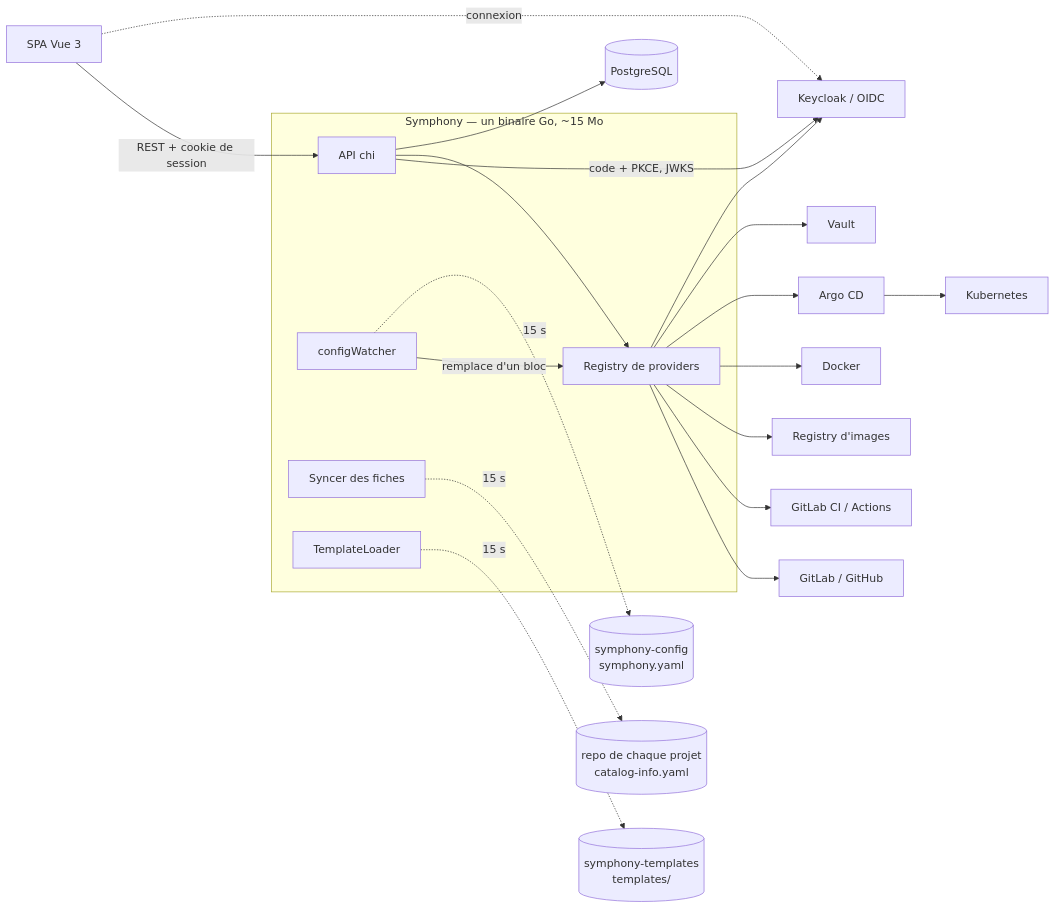
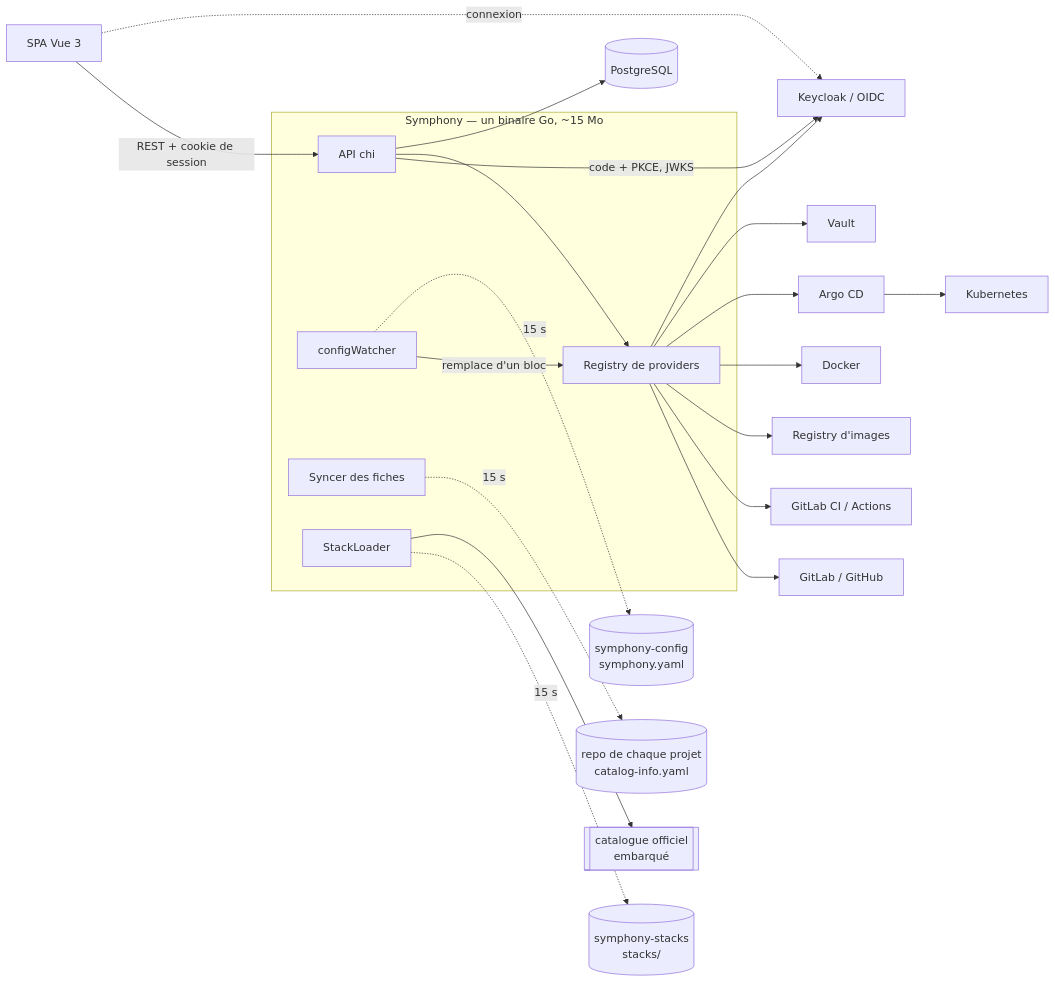
The diagram in README.md (clemuscle/symphony), drawn with Mermaid before and after one commit. The commit also changed other lines of this file and 199 other files, not shown here.

````diff
--- a/README.md
+++ b/README.md
@@ -101,23 +105,24 @@
 ```mermaid
 flowchart LR
   UI[SPA Vue 3] -->|REST + cookie de session| API
   UI -.->|connexion| IDP[Keycloak / OIDC]
   API -->|code + PKCE, JWKS| IDP
   subgraph Symphony["Symphony — un binaire Go, ~15 Mo"]
     API[API chi] --> REG[Registry de providers]
     W[configWatcher] -->|remplace d'un bloc| REG
     S[Syncer des fiches]
-    T[TemplateLoader]
+    T[StackLoader]
   end
   REG --> SCM[GitLab / GitHub]
   REG --> CI[GitLab CI / Actions]
   REG --> IMG[Registry d'images]
   REG --> RT[Docker]
   REG --> ARGO[Argo CD] --> K8S[Kubernetes]
   REG --> SEC[Vault]
   REG --> IDP
   W -. 15 s .-> CFG[(symphony-config<br/>symphony.yaml)]
   S -. 15 s .-> SVC[(repo de chaque projet<br/>catalog-info.yaml)]
-  T -. 15 s .-> TPL[(symphony-templates<br/>templates/)]
+  T -. 15 s .-> TPL[(symphony-stacks<br/>stacks/)]
+  T --> OFF[[catalogue officiel<br/>embarqué]]
   API --> DB[(PostgreSQL)]
 ```
````
